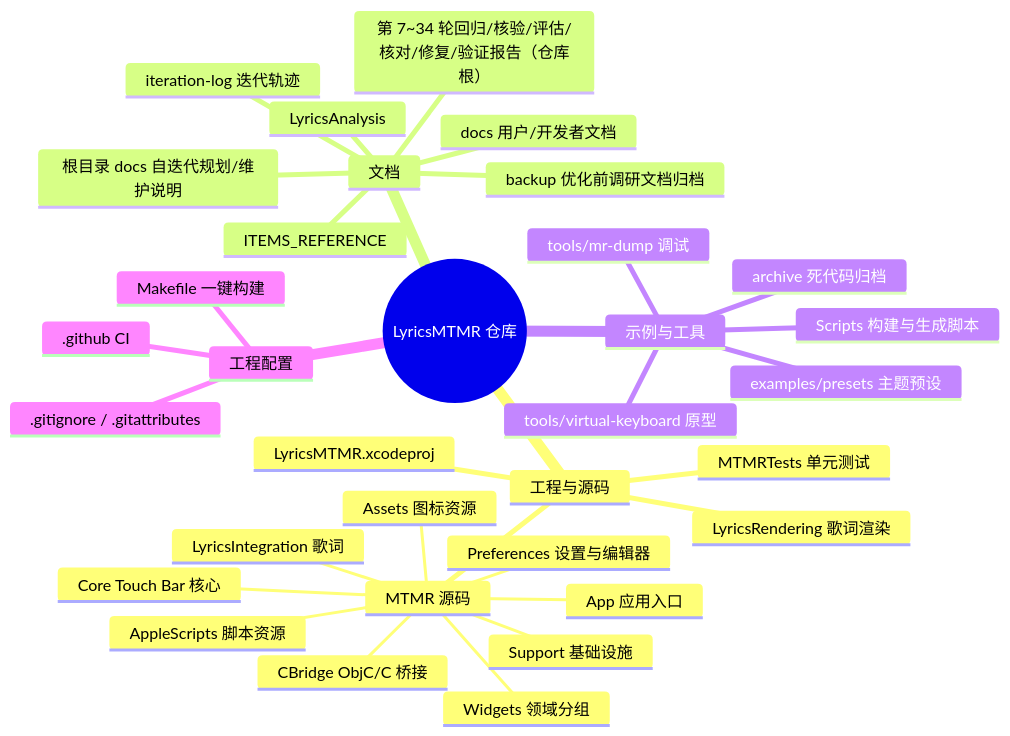
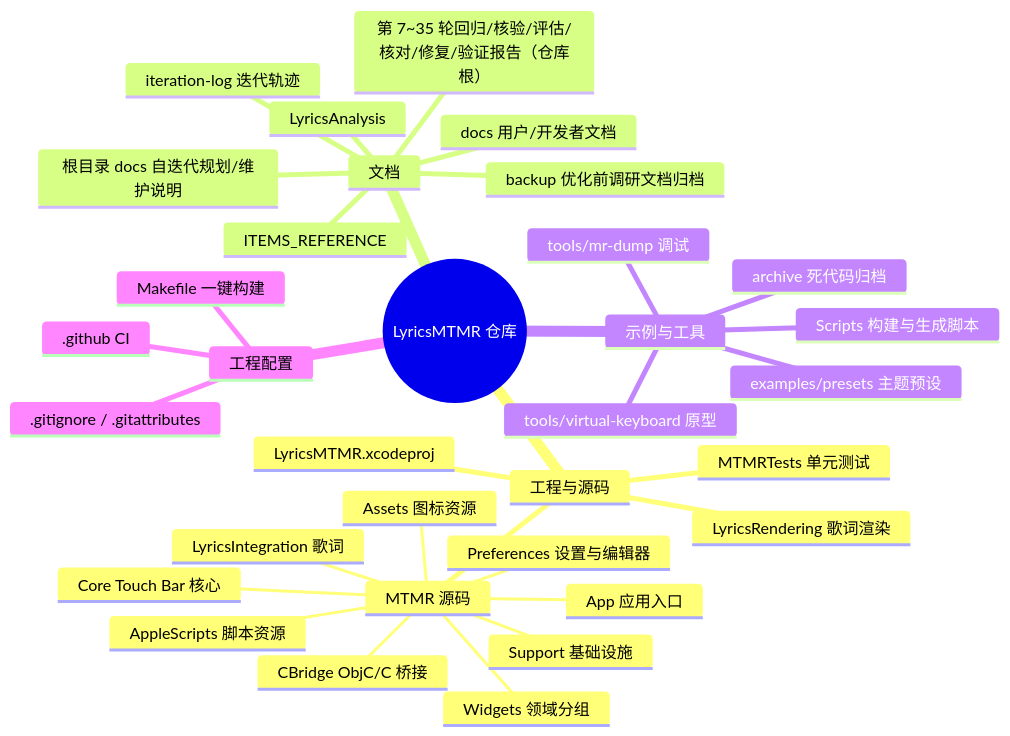
The first of 2 diagrams in LyricsMTMR/docs/file-structure.zh.md (Tangzishun-Li/LyricsMTMR), drawn with Mermaid before and after one commit. The commit also changed other lines of this file and 3 other files, not shown here.

````diff
--- a/LyricsMTMR/docs/file-structure.zh.md
+++ b/LyricsMTMR/docs/file-structure.zh.md
@@ -10,36 +10,36 @@
 ```mermaid
 mindmap
   root((LyricsMTMR 仓库))
     工程与源码
       LyricsMTMR.xcodeproj
       MTMR 源码
         App 应用入口
         Core Touch Bar 核心
         Support 基础设施
         Widgets 领域分组
         Preferences 设置与编辑器
         LyricsIntegration 歌词
         CBridge ObjC/C 桥接
         AppleScripts 脚本资源
         Assets 图标资源
       LyricsRendering 歌词渲染
       MTMRTests 单元测试
     文档
       docs 用户/开发者文档
       ITEMS_REFERENCE
       LyricsAnalysis
       backup 优化前调研文档归档
       iteration-log 迭代轨迹
       根目录 docs 自迭代规划/维护说明
-      第 7~34 轮回归/核验/评估/核对/修复/验证报告（仓库根）
+      第 7~35 轮回归/核验/评估/核对/修复/验证报告（仓库根）
     示例与工具
       examples/presets 主题预设
       tools/mr-dump 调试
       tools/virtual-keyboard 原型
       Scripts 构建与生成脚本
       archive 死代码归档
     工程配置
       .github CI
       .gitignore / .gitattributes
       Makefile 一键构建
 ```
````
